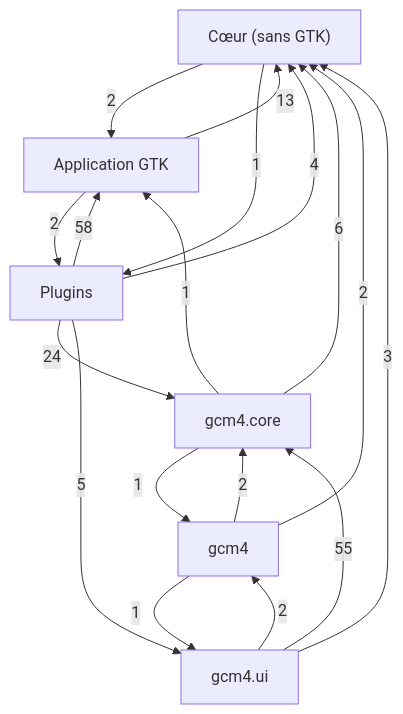
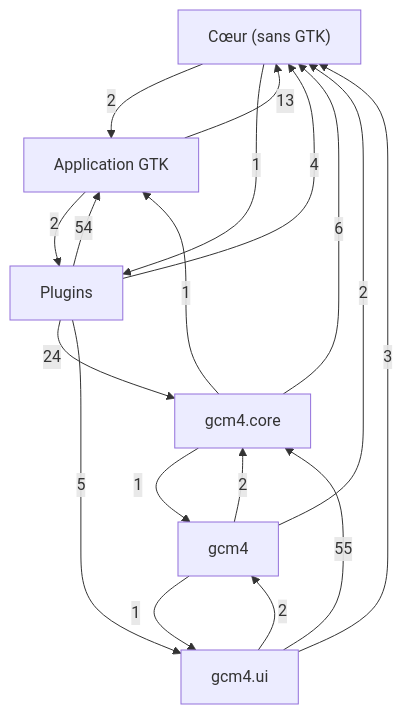
Before and after one commit to Mathilde-Team/Gcm4: the first of 7 diagrams in docs/class-diagram.md, drawn with Mermaid. The commit also changed other lines of this file and 40 other files, not shown here.

````diff
--- a/docs/class-diagram.md
+++ b/docs/class-diagram.md
@@ -21,26 +21,26 @@
 ```mermaid
 flowchart TD
     g0["Cœur (sans GTK)"]
     g1["Application GTK"]
     g2["Plugins"]
     g3["gcm4"]
     g4["gcm4.core"]
     g5["gcm4.ui"]
     g1 -->|13| g0
     g1 -->|2| g2
     g0 -->|2| g1
     g0 -->|1| g2
-    g2 -->|58| g1
+    g2 -->|54| g1
     g2 -->|4| g0
     g2 -->|24| g4
     g2 -->|5| g5
     g3 -->|2| g0
     g3 -->|2| g4
     g3 -->|1| g5
     g4 -->|1| g1
     g4 -->|6| g0
     g4 -->|1| g3
     g5 -->|3| g0
     g5 -->|2| g3
     g5 -->|55| g4
 ```
````
